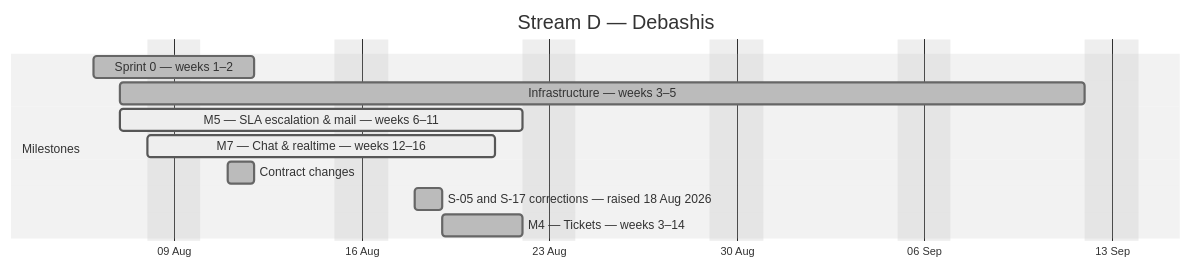
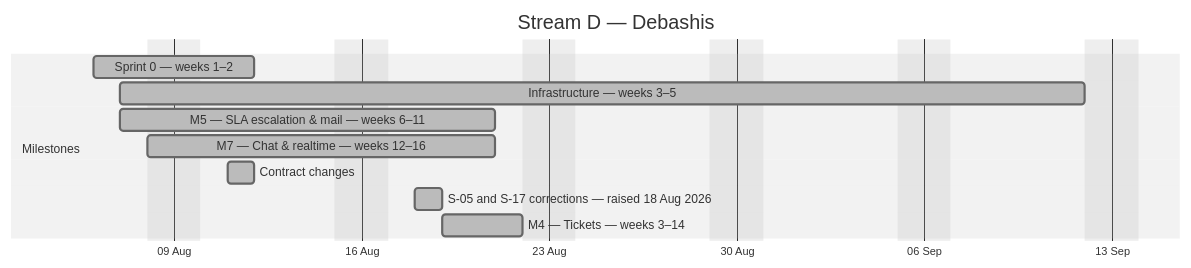
The fourth of 4 diagrams in docs/plan/GANTT.md (debashisedunext/EduTrack), drawn with Mermaid (neutral theme) before and after one commit. The commit also changed other lines of this file and 4 other files, not shown here.

````diff
--- a/docs/plan/GANTT.md
+++ b/docs/plan/GANTT.md
@@ -130,15 +130,15 @@
 ```mermaid
 gantt
     dateFormat YYYY-MM-DD
     axisFormat %d %b
     title Stream D — Debashis
     excludes weekends
     section Milestones
     Sprint 0 — weeks 1–2 :done, d0, 2026-08-06, 4d
     Infrastructure — weeks 3–5 :done, d1, 2026-08-07, 26d
-    M5 — SLA  escalation & mail — weeks 6–11 :active, d2, 2026-08-07, 11d
-    M7 — Chat & realtime — weeks 12–16 :active, d3, 2026-08-08, 10d
+    M5 — SLA  escalation & mail — weeks 6–11 :done, d2, 2026-08-07, 10d
+    M7 — Chat & realtime — weeks 12–16 :done, d3, 2026-08-08, 10d
     Contract changes :done, d4, 2026-08-11, 1d
     S-05 and S-17 corrections — raised 18 Aug 2026 :done, d5, 2026-08-18, 1d
     M4 — Tickets — weeks 3–14 :done, d6, 2026-08-19, 3d
 ```
````
